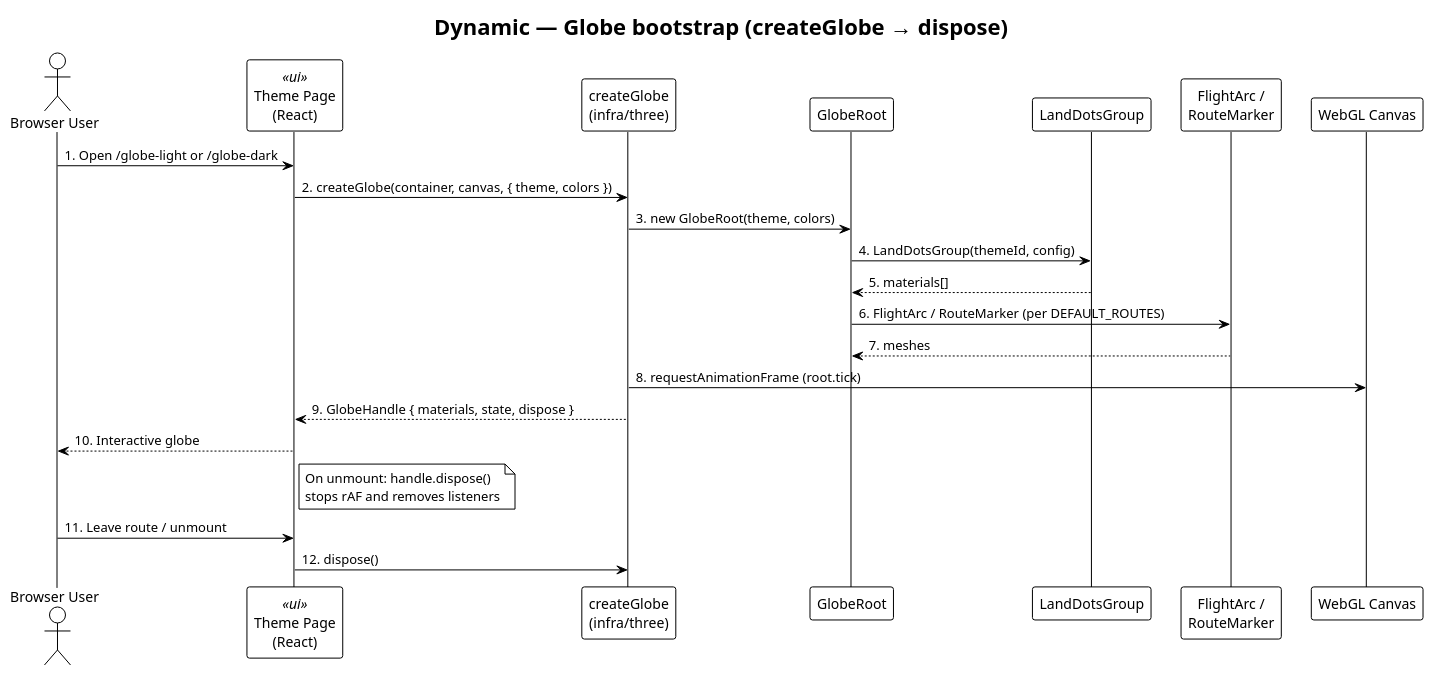
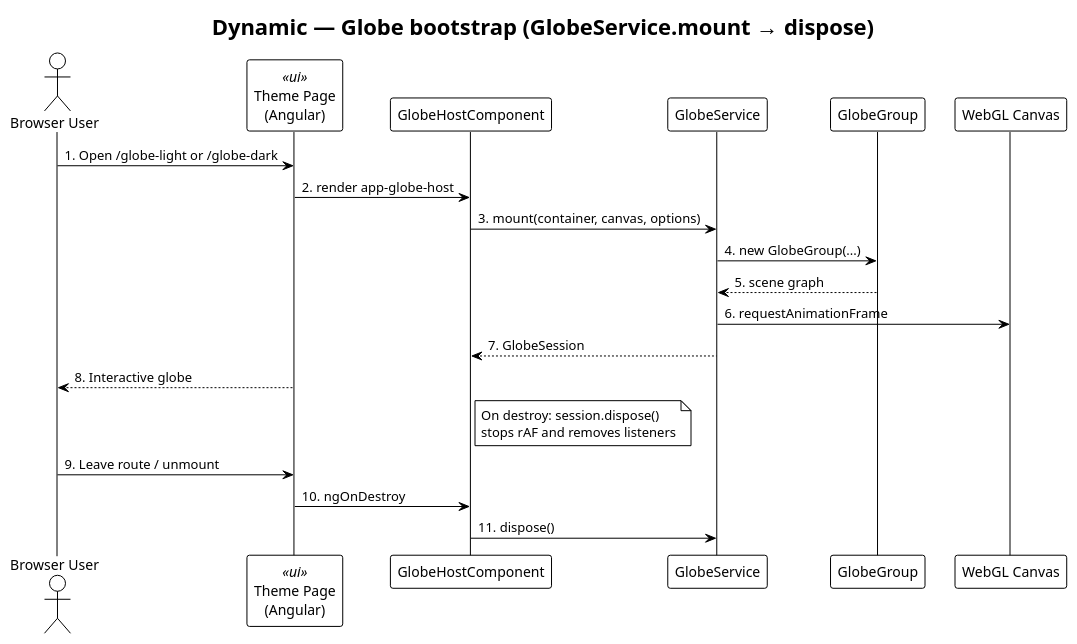
Before and after one commit to felixzhu97/explore-three: the diagram in docs/developer/c4-model/C4-Dynamic-Globe-Bootstrap.puml, drawn with PlantUML. The commit also changed 71 other files, not shown here.

First line of the commit message:
Migrate Explore Three from React to Angular by domain (#11)

```diff
--- a/docs/developer/c4-model/C4-Dynamic-Globe-Bootstrap.puml
+++ b/docs/developer/c4-model/C4-Dynamic-Globe-Bootstrap.puml
@@ -1,35 +1,33 @@
 @startuml C4-Dynamic-Globe-Bootstrap
 !theme plain
 skinparam backgroundColor #FFFFFF
 skinparam shadowing false
 
-title Dynamic — Globe bootstrap (createGlobe → dispose)
+title Dynamic — Globe bootstrap (GlobeService.mount → dispose)
 
 actor "Browser User" as user
-participant "Theme Page\n(React)" as page <<ui>>
-participant "createGlobe\n(infra/three)" as globe
-participant "GlobeRoot" as root
-participant "LandDotsGroup" as land
-participant "FlightArc /\nRouteMarker" as arc
+participant "Theme Page\n(Angular)" as page <<ui>>
+participant "GlobeHostComponent" as host
+participant "GlobeService" as globe
+participant "GlobeGroup" as root
 participant "WebGL Canvas" as canvas
 
 user -> page: 1. Open /globe-light or /globe-dark
-page -> globe: 2. createGlobe(container, canvas, { theme, colors })
-globe -> root: 3. new GlobeRoot(theme, colors)
-root -> land: 4. LandDotsGroup(themeId, config)
-land --> root: 5. materials[]
-root -> arc: 6. FlightArc / RouteMarker (per DEFAULT_ROUTES)
-arc --> root: 7. meshes
-globe -> canvas: 8. requestAnimationFrame (root.tick)
-globe --> page: 9. GlobeHandle { materials, state, dispose }
-page --> user: 10. Interactive globe
+page -> host: 2. render app-globe-host
+host -> globe: 3. mount(container, canvas, options)
+globe -> root: 4. new GlobeGroup(...)
+root --> globe: 5. scene graph
+globe -> canvas: 6. requestAnimationFrame
+globe --> host: 7. GlobeSession
+page --> user: 8. Interactive globe
 
-note right of page
-  On unmount: handle.dispose()
+note right of host
+  On destroy: session.dispose()
   stops rAF and removes listeners
 end note
 
-user -> page: 11. Leave route / unmount
-page -> globe: 12. dispose()
+user -> page: 9. Leave route / unmount
+page -> host: 10. ngOnDestroy
+host -> globe: 11. dispose()
 
 @enduml
```
